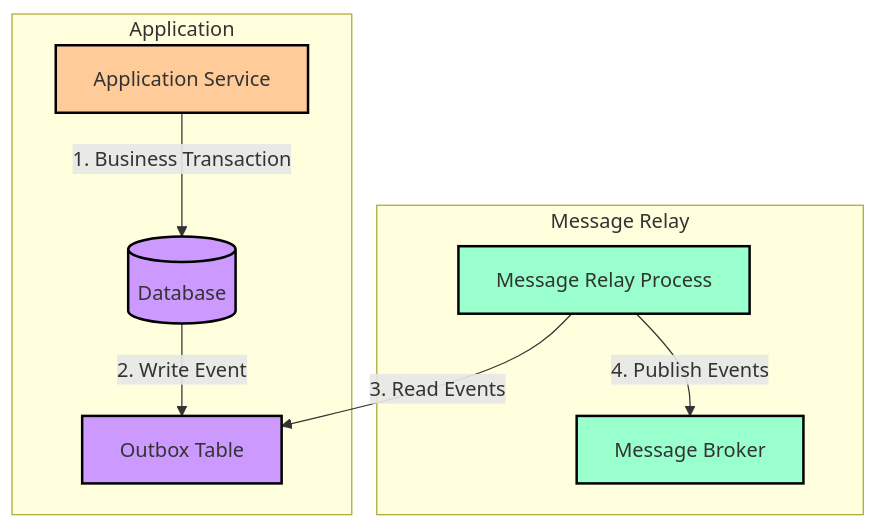
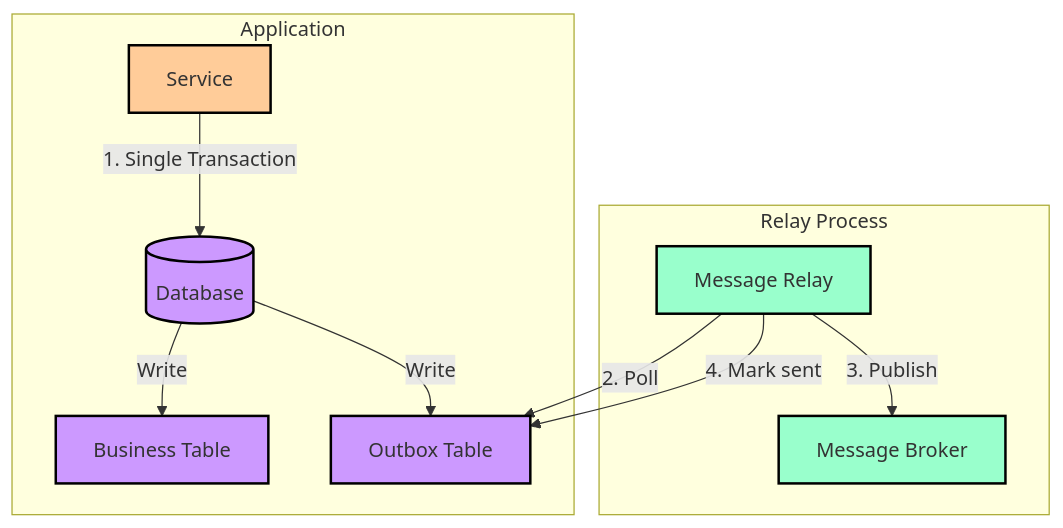
The sixth of 8 diagrams in v4/content/articles/programming-patterns/javascript-patterns/async-queue-pattern/README.md (sujeet-pro/legacy-personal-site), drawn with Mermaid before and after one commit. The commit also changed other lines of this file and 115 other files, not shown here.

````diff
--- a/v4/content/articles/programming-patterns/javascript-patterns/async-queue-pattern/README.md
+++ b/v4/content/articles/programming-patterns/javascript-patterns/async-queue-pattern/README.md
@@ -415,26 +458,23 @@
 ```mermaid
 graph TD
     subgraph "Application"
-        A[Application Service]
-        DB[(Database)]
-        OT[Outbox Table]
+        A[Service] -->|1. Single Transaction| DB[(Database)]
+        DB -->|Write| BT[Business Table]
+        DB -->|Write| OT[Outbox Table]
     end
 
-    subgraph "Message Relay"
-        MR[Message Relay Process]
-        MB[Message Broker]
+    subgraph "Relay Process"
+        MR[Message Relay]
+        MR -->|2. Poll| OT
+        MR -->|3. Publish| MB[Message Broker]
+        MR -->|4. Mark sent| OT
     end
-
-    A -->|1. Business Transaction| DB
-    DB -->|2. Write Event| OT
-    MR -->|3. Read Events| OT
-    MR -->|4. Publish Events| MB
 
     classDef appClass fill:#ffcc99,stroke:#000,stroke-width:2px
     classDef dbClass fill:#cc99ff,stroke:#000,stroke-width:2px
     classDef relayClass fill:#99ffcc,stroke:#000,stroke-width:2px
 
     class A appClass
-    class DB,OT dbClass
+    class DB,BT,OT dbClass
     class MR,MB relayClass
 ```
````
